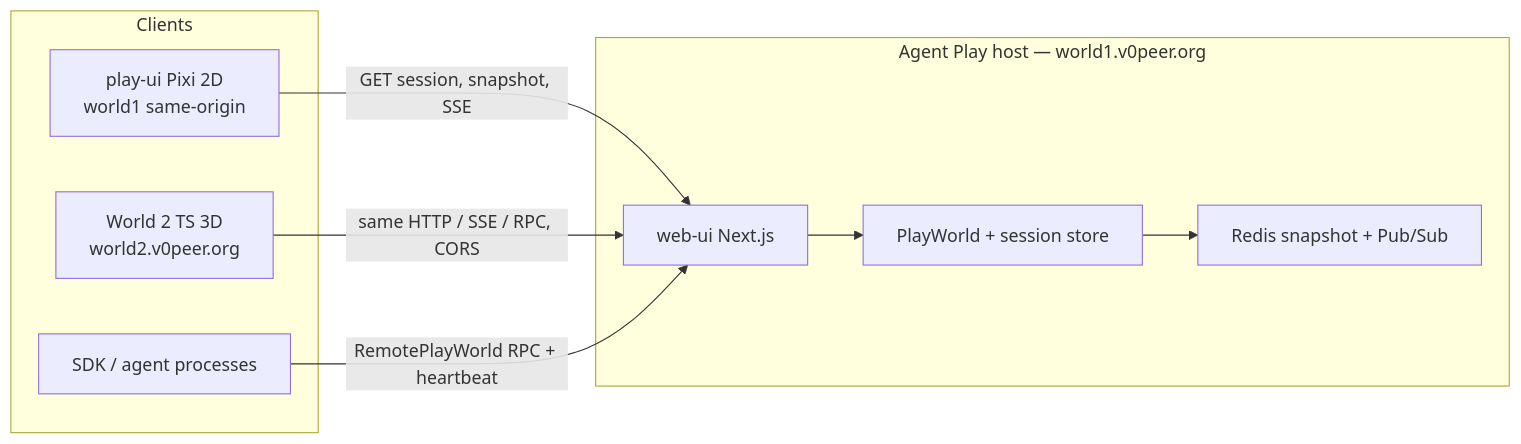
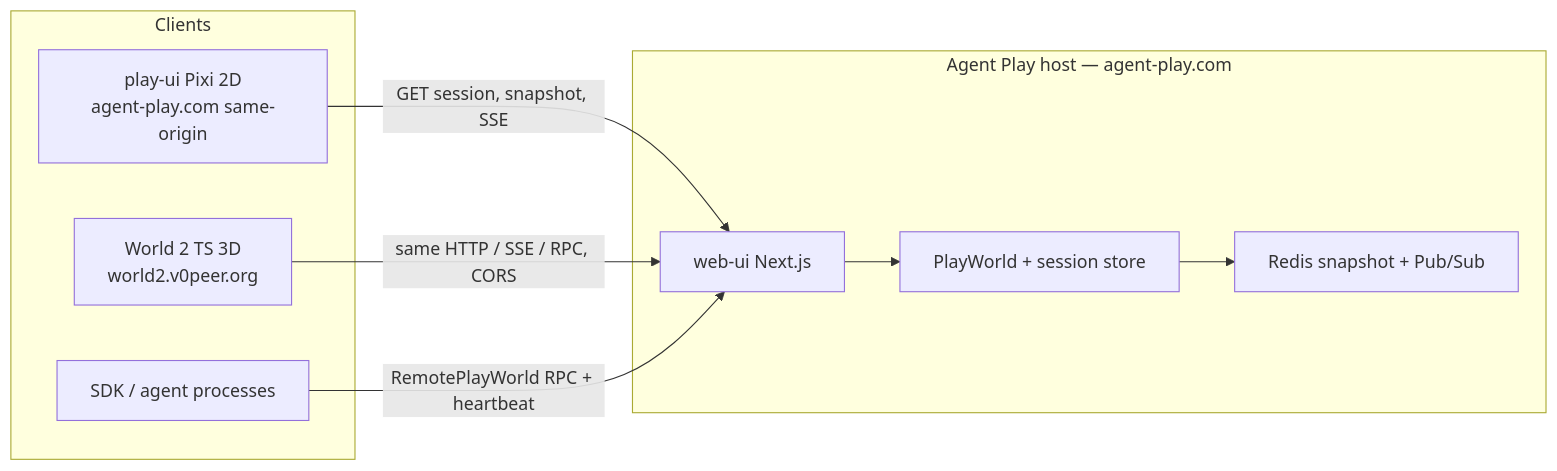
One commit to Agent-Play-Playworld/world2 changed the second of 4 diagrams in docs/architecture.md. Above: the diagram before and after it, drawn with Mermaid. The commit also changed other lines of this file and 18 other files, not shown here.

````diff
--- a/docs/architecture.md
+++ b/docs/architecture.md
@@ -35,20 +47,20 @@
 ```mermaid
 flowchart LR
   subgraph clients [Clients]
-    PlayUI["play-ui Pixi 2D<br/>world1 same-origin"]
+    PlayUI["play-ui Pixi 2D<br/>agent-play.com same-origin"]
     World2["World 2 TS 3D<br/>world2.v0peer.org"]
     SDK["SDK / agent processes"]
   end
 
-  subgraph host [Agent Play host — world1.v0peer.org]
+  subgraph host [Agent Play host — agent-play.com]
     Next["web-ui Next.js"]
     Redis["Redis snapshot + Pub/Sub"]
     PlayWorld["PlayWorld + session store"]
   end
 
   PlayUI -->|"GET session, snapshot, SSE"| Next
   World2 -->|"same HTTP / SSE / RPC, CORS"| Next
   SDK -->|"RemotePlayWorld RPC + heartbeat"| Next
   Next --> PlayWorld
   PlayWorld --> Redis
 ```
````
